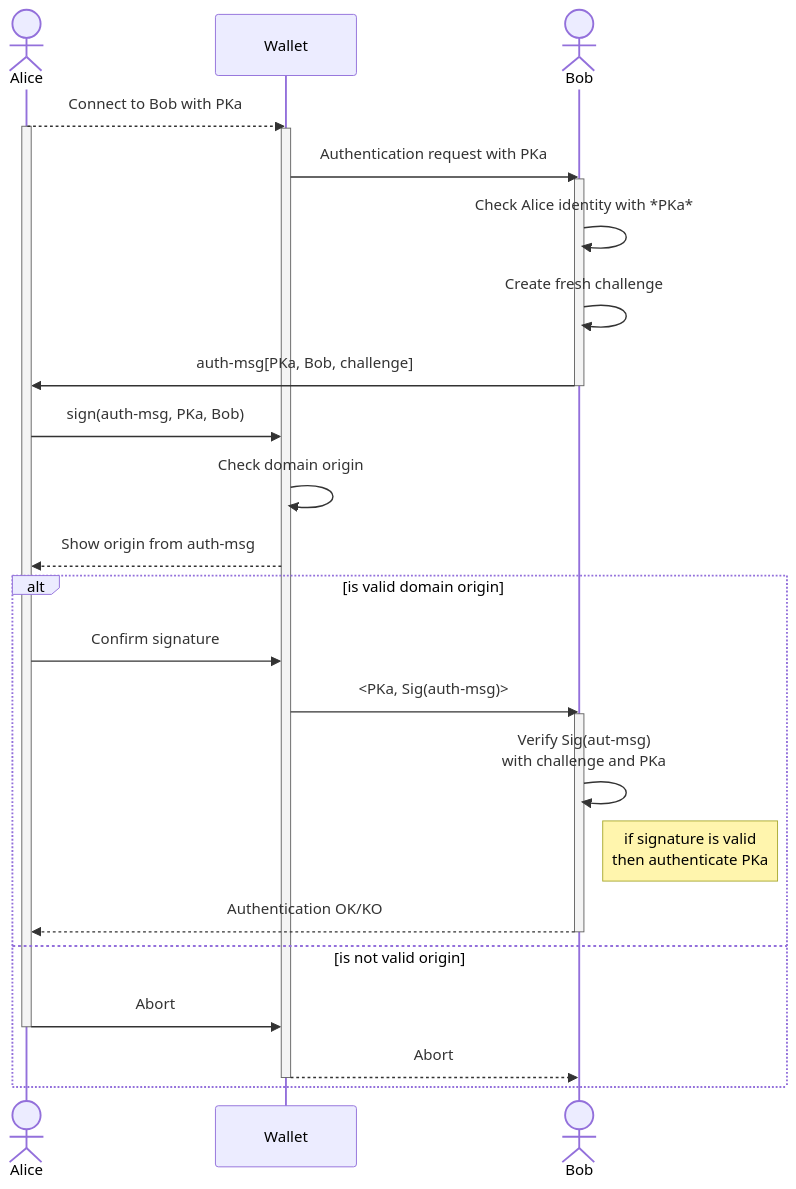
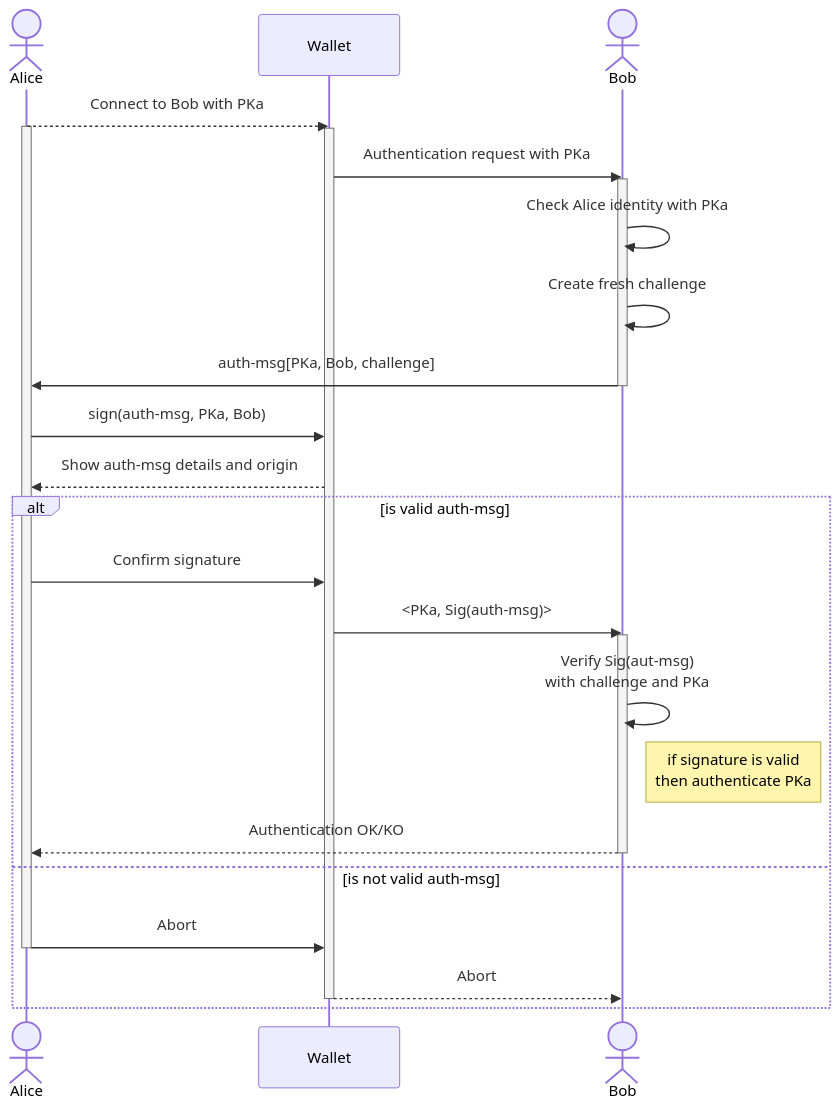
Before and after one commit to algorandfoundation/ARCs: the first of 3 diagrams in ARCs/arc-0031.md, drawn with Mermaid. The commit also changed other lines of this file, not shown here.

Commit message:
rekey auth

````diff
--- a/ARCs/arc-0031.md
+++ b/ARCs/arc-0031.md
@@ -87,32 +87,31 @@
 ```mermaid
 sequenceDiagram
     actor A as Alice
     participant W as Wallet
     actor B as Bob
     A-->>W: Connect to Bob with PKa
     activate A
     activate W
     W->>B: Authentication request with PKa
     activate B
-    B->>B: Check Alice identity with *PKa*
+    B->>B: Check Alice identity with PKa
     B->>B: Create fresh challenge
     B->>A: auth-msg[PKa, Bob, challenge]
     deactivate B
     A->>W: sign(auth-msg, PKa, Bob)
-    W->>W: Check domain origin
-    W-->>A: Show origin from auth-msg
-    alt is valid domain origin
+    W-->>A: Show auth-msg details and origin
+    alt is valid auth-msg
         A->>W: Confirm signature
         W->>B: <PKa, Sig(auth-msg)>
         activate B
         B->>B: Verify Sig(aut-msg) <br/> with challenge and PKa
         Note right of B: if signature is valid<br/>then authenticate PKa
         B-->>A: Authentication OK/KO
         deactivate B
-    else is not valid origin
+    else is not valid auth-msg
         A->>W: Abort
         deactivate A
         W-->>B: Abort
         deactivate W
     end
 ```
````
